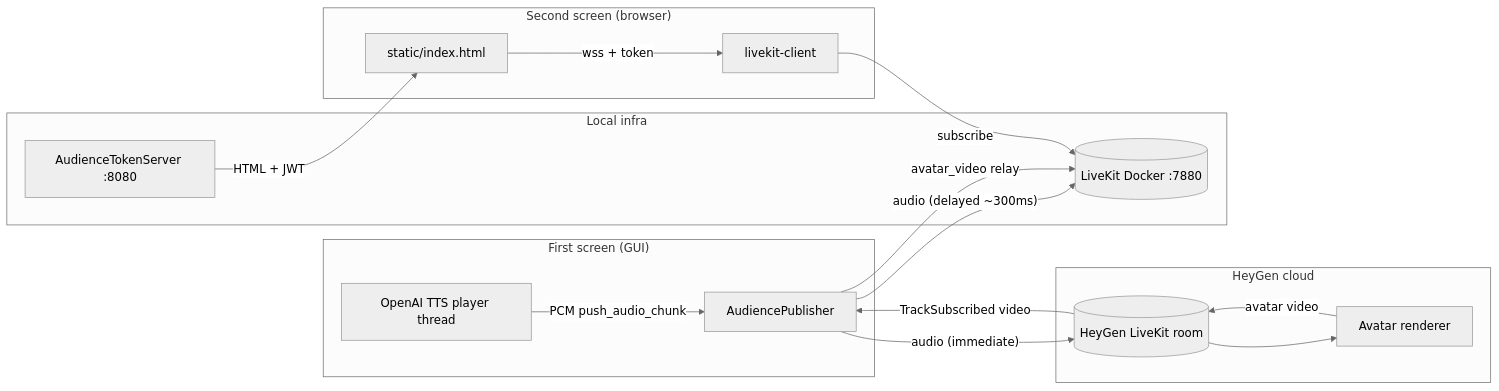
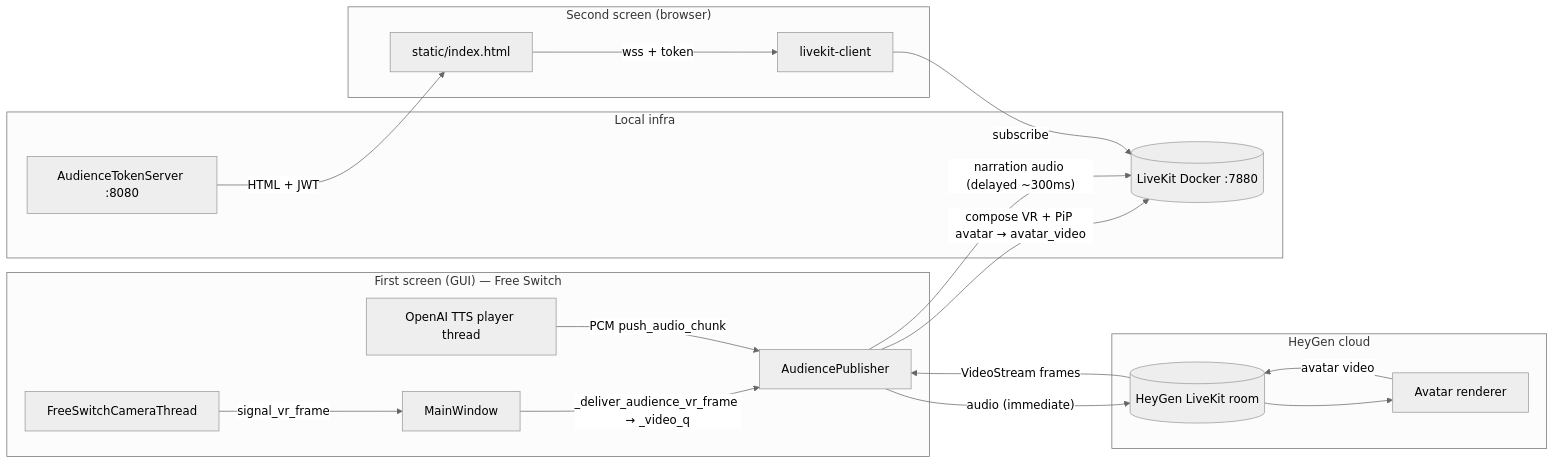
The second of 3 diagrams in src/miis_broadcast/audience/README.md (bolin35877766/miis_broadcast), drawn with Mermaid (neutral theme) before and after one commit. The commit also changed other lines of this file, not shown here.

Commit message:
Docs: fix HeyGen flowchart to include Free Switch and VR PiP path.

````diff
--- a/src/miis_broadcast/audience/README.md
+++ b/src/miis_broadcast/audience/README.md
@@ -60,33 +62,37 @@
 ```mermaid
 flowchart LR
-  subgraph Control["First screen (GUI)"]
+  subgraph Control["First screen (GUI) — Free Switch"]
+    FS[FreeSwitchCameraThread]
+    GUI[MainWindow]
     TTS[OpenAI TTS player thread]
     PUB[AudiencePublisher]
   end
 
   subgraph HeyGenCloud["HeyGen cloud"]
     HYLK[(HeyGen LiveKit room)]
     HYAvatar[Avatar renderer]
   end
 
   subgraph Infra["Local infra"]
     LK[(LiveKit Docker :7880)]
     HTTP[AudienceTokenServer :8080]
   end
 
   subgraph View["Second screen (browser)"]
     PG[static/index.html]
     LKJS[livekit-client]
   end
 
+  FS -->|signal_vr_frame| GUI
+  GUI -->|_deliver_audience_vr_frame → _video_q| PUB
   TTS -->|PCM push_audio_chunk| PUB
   PUB -->|"audio (immediate)"| HYLK
   HYLK --> HYAvatar
   HYAvatar -->|avatar video| HYLK
-  HYLK -->|TrackSubscribed video| PUB
-  PUB -->|"audio (delayed ~300ms)"| LK
-  PUB -->|avatar_video relay| LK
+  HYLK -->|VideoStream frames| PUB
+  PUB -->|compose VR + PiP avatar → avatar_video| LK
+  PUB -->|"narration audio (delayed ~300ms)"| LK
   HTTP -->|HTML + JWT| PG
   PG -->|wss + token| LKJS
   LKJS -->|subscribe| LK
 ```
````
